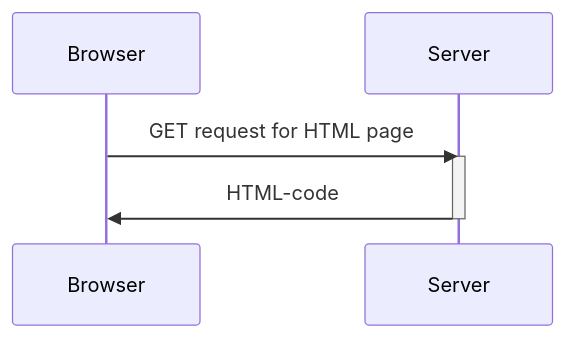
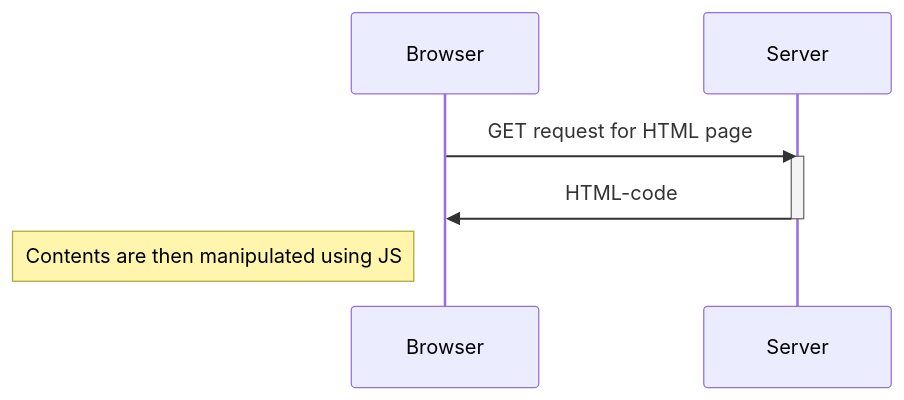
The diagram in part0/part0-5.md (CarnevaleMNO/fullstackopen), drawn with Mermaid before and after one commit.

Commit message:
Update part0-5.md
Add final sequence

````diff
--- a/part0/part0-5.md
+++ b/part0/part0-5.md
@@ -3,12 +3,12 @@
 ```mermaid
 sequenceDiagram;
 participant Browser
 participant Server
 
 Browser ->> Server: GET request for HTML page
 activate Server
 Server ->> Browser: HTML-code
 deactivate Server
-
+Note left of Browser: Contents are then manipulated using JS
 
 ```
````
